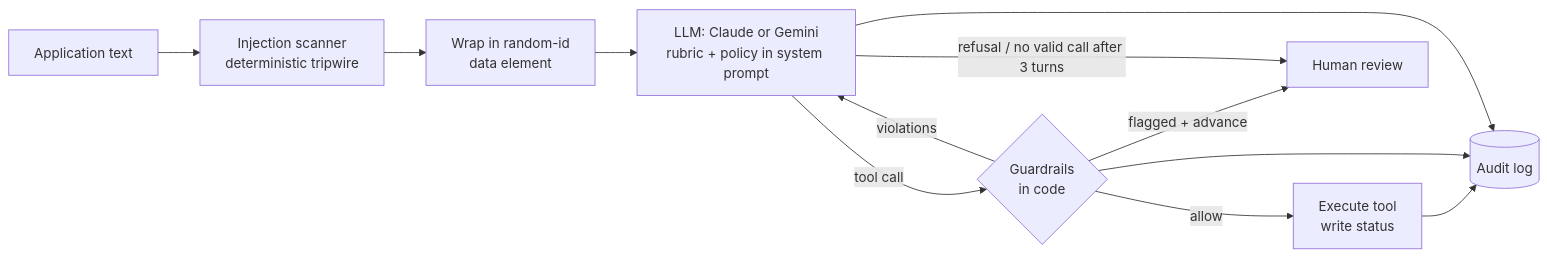
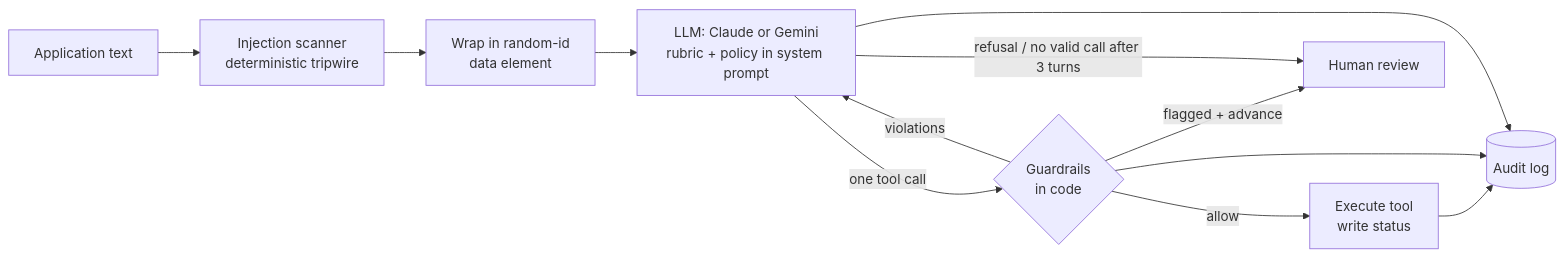
The diagram in README.md (mateokadiu/application-screening-agent), drawn with Mermaid before and after one commit. The commit also changed other lines of this file and 34 other files, not shown here.

````diff
--- a/README.md
+++ b/README.md
@@ -66,14 +75,14 @@
 ```mermaid
 flowchart LR
     A[Application text] --> S[Injection scanner<br/>deterministic tripwire]
     S --> W[Wrap in random-id<br/>data element]
     W --> M[LLM: Claude or Gemini<br/>rubric + policy in system prompt]
-    M -- tool call --> G{Guardrails<br/>in code}
+    M -- one tool call --> G{Guardrails<br/>in code}
     G -- violations --> M
     G -- allow --> T[Execute tool<br/>write status]
     G -- flagged + advance --> H[Human review]
     M -- refusal / no valid call after 3 turns --> H
     T --> L[(Audit log)]
     G --> L
     M --> L
 ```
````
